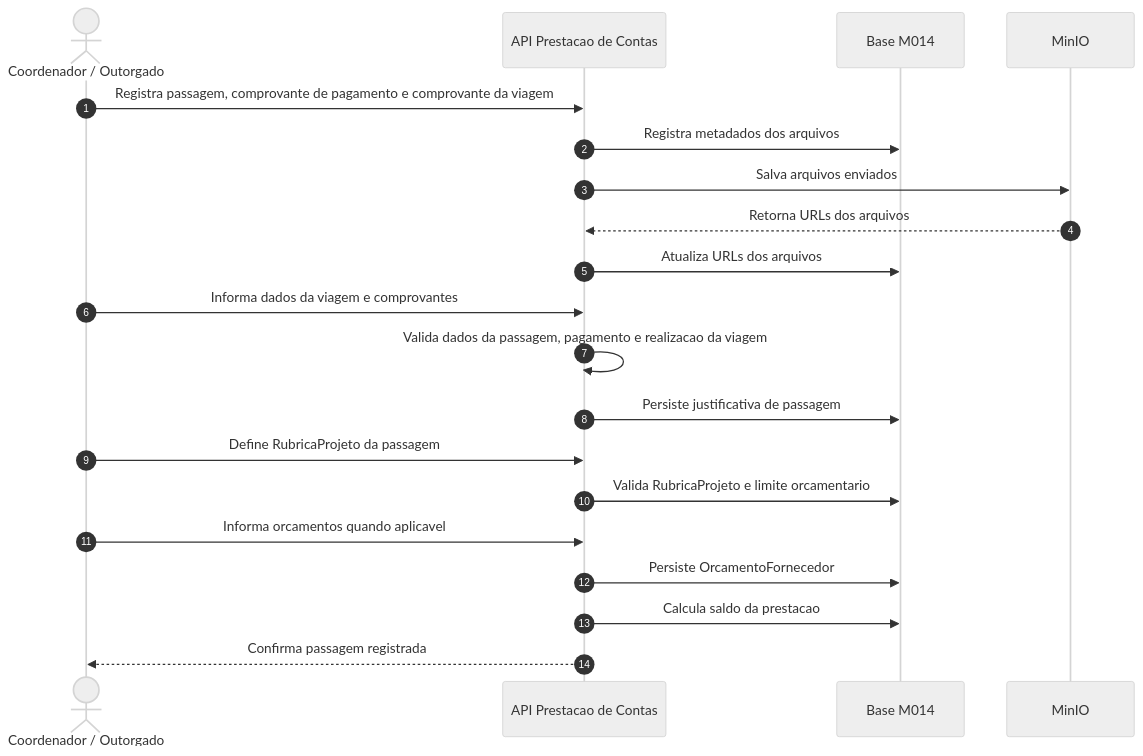
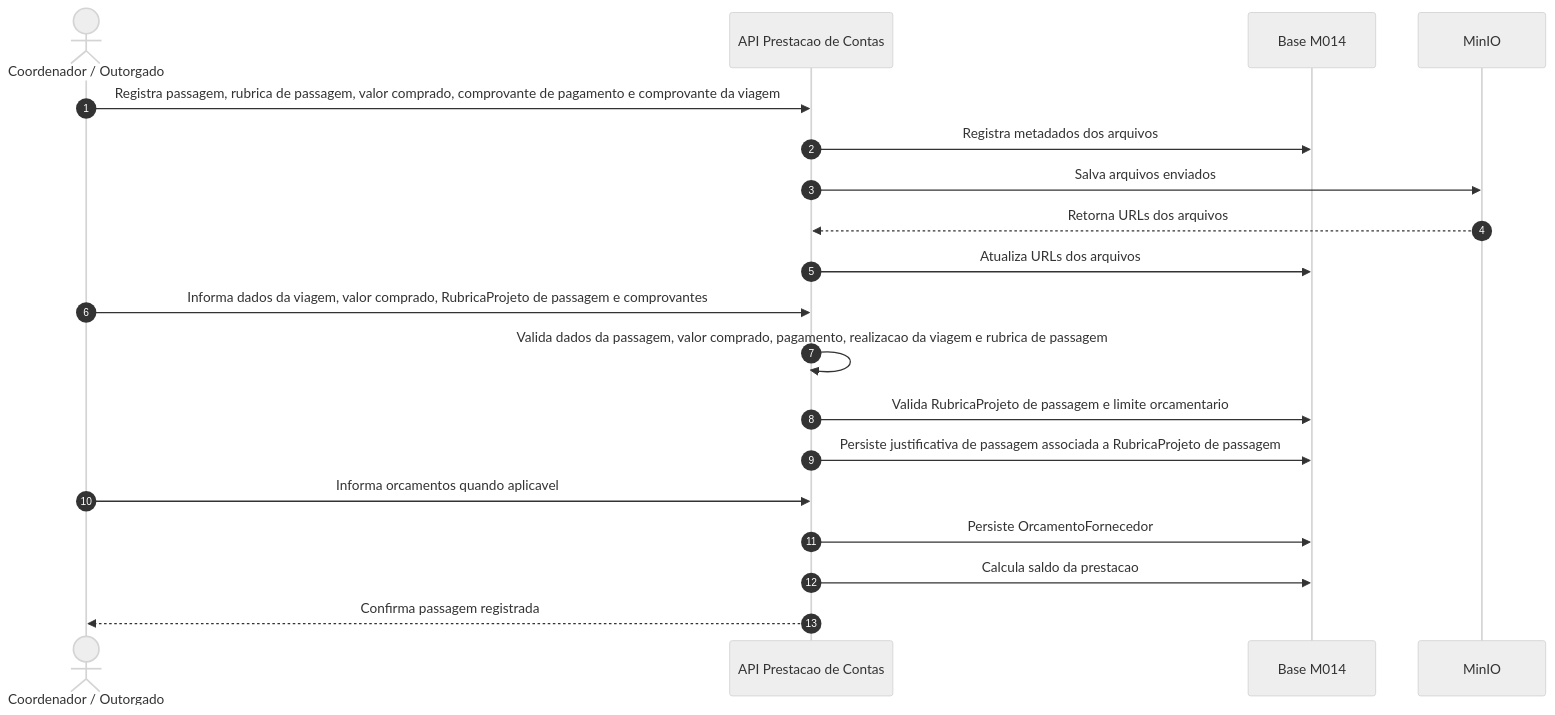
Before and after one commit to Czzped/conecta-fapes-teste: the ninth of 11 diagrams in docs/implementation/modules/M014-prestacao-contas/processo.md, drawn with Mermaid (neutral theme). The commit also changed other lines of this file and 22 other files, not shown here.

````diff
--- a/docs/implementation/modules/M014-prestacao-contas/processo.md
+++ b/docs/implementation/modules/M014-prestacao-contas/processo.md
@@ -340,23 +398,22 @@
 ```mermaid
 sequenceDiagram
     autonumber
     actor Coord as Coordenador / Outorgado
     participant API as API Prestacao de Contas
     participant DB as Base M014
     participant MinIO as MinIO
 
-    Coord->>API: Registra passagem, comprovante de pagamento e comprovante da viagem
+    Coord->>API: Registra passagem, rubrica de passagem, valor comprado, comprovante de pagamento e comprovante da viagem
     API->>DB: Registra metadados dos arquivos
     API->>MinIO: Salva arquivos enviados
     MinIO-->>API: Retorna URLs dos arquivos
     API->>DB: Atualiza URLs dos arquivos
-    Coord->>API: Informa dados da viagem e comprovantes
-    API->>API: Valida dados da passagem, pagamento e realizacao da viagem
-    API->>DB: Persiste justificativa de passagem
-    Coord->>API: Define RubricaProjeto da passagem
-    API->>DB: Valida RubricaProjeto e limite orcamentario
+    Coord->>API: Informa dados da viagem, valor comprado, RubricaProjeto de passagem e comprovantes
+    API->>API: Valida dados da passagem, valor comprado, pagamento, realizacao da viagem e rubrica de passagem
+    API->>DB: Valida RubricaProjeto de passagem e limite orcamentario
+    API->>DB: Persiste justificativa de passagem associada a RubricaProjeto de passagem
     Coord->>API: Informa orcamentos quando aplicavel
     API->>DB: Persiste OrcamentoFornecedor
     API->>DB: Calcula saldo da prestacao
     API-->>Coord: Confirma passagem registrada
 ```
````
